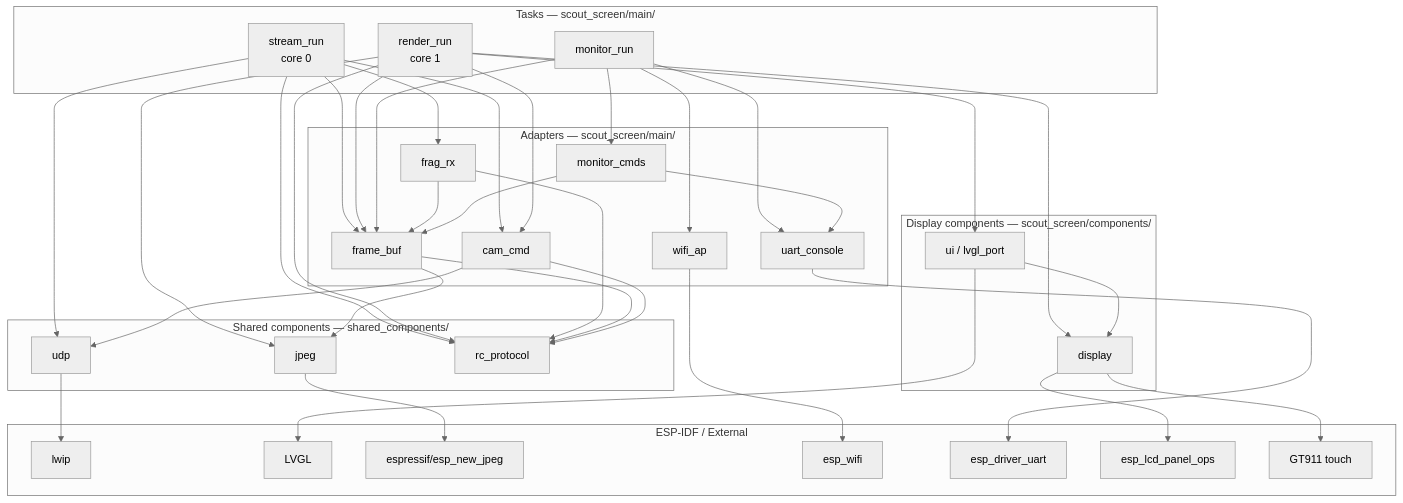
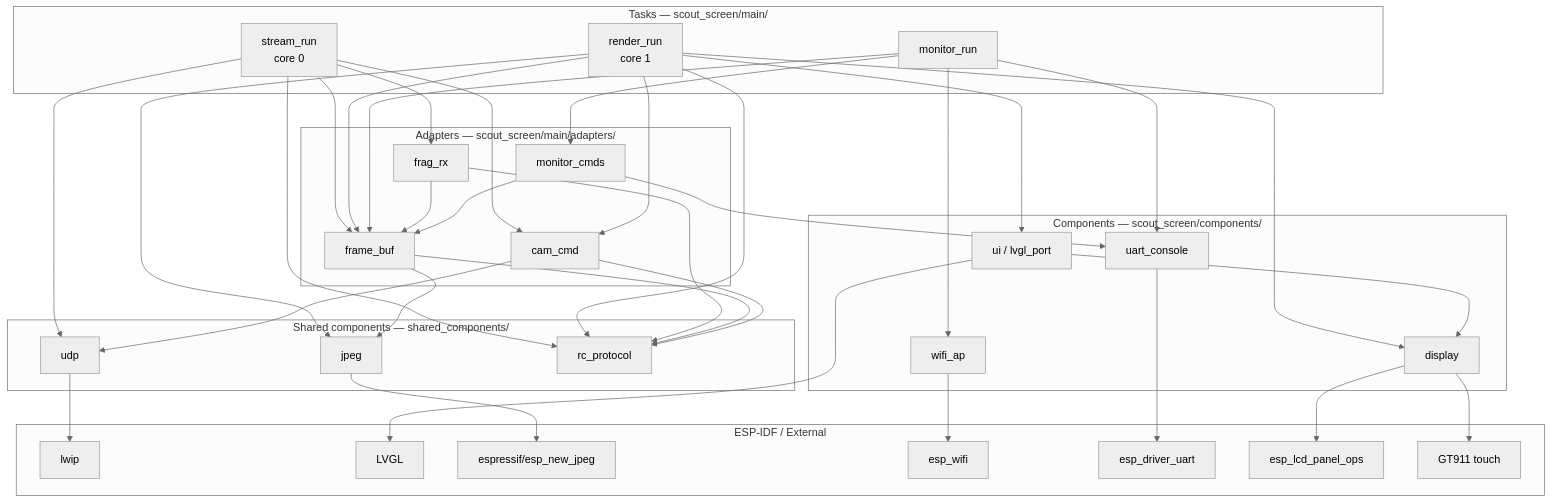
Before and after one commit to LINTECH-CHAS-ACADEMY-SUVX25/Scout: the second of 2 diagrams in docs/scout_screen_flow.md, drawn with Mermaid (neutral theme). The commit also changed other lines of this file and 15 other files, not shown here.

Commit message:
Made a new folder scout_screen/main/adapters/ to reduce files in main

````diff
--- a/docs/scout_screen_flow.md
+++ b/docs/scout_screen_flow.md
@@ -34,54 +34,54 @@
 ```mermaid
 graph TD
     subgraph tasks["Tasks — scout_screen/main/"]
         SR["stream_run\ncore 0"]
         RR["render_run\ncore 1"]
         MR["monitor_run"]
     end
 
-    subgraph adapters["Adapters — scout_screen/main/"]
+    subgraph adapters["Adapters — scout_screen/main/adapters/"]
         FB[frame_buf]
         CC[cam_cmd]
         FR[frag_rx]
-        UC[uart_console]
-        WA[wifi_ap]
         MC[monitor_cmds]
     end
 
     subgraph shared["Shared components — shared_components/"]
         JP[jpeg]
         UDP[udp]
         RCP[rc_protocol]
     end
 
-    subgraph display_comp["Display components — scout_screen/components/"]
+    subgraph components["Components — scout_screen/components/"]
         DISP[display]
         UI[ui / lvgl_port]
+        UC[uart_console]
+        WA[wifi_ap]
     end
 
     subgraph sdk["ESP-IDF / External"]
         LWIP[lwip]
         LVGL[LVGL]
         JPEG_LIB[espressif/esp_new_jpeg]
         WIFI[esp_wifi]
         UART_DRV[esp_driver_uart]
         LCD[esp_lcd_panel_ops]
         GT[GT911 touch]
     end
 
     SR --> FR & FB & CC & UDP & RCP
     RR --> FB & CC & JP & DISP & UI & RCP
     MR --> FB & UC & WA & MC
 
     FR --> FB & RCP
     FB --> JP & RCP
     CC --> UDP & RCP
     MC --> FB & UC
 
     JP --> JPEG_LIB
     UDP --> LWIP
     UI --> LVGL & DISP
     DISP --> LCD & GT
     WA --> WIFI
     UC --> UART_DRV
 ```
````
